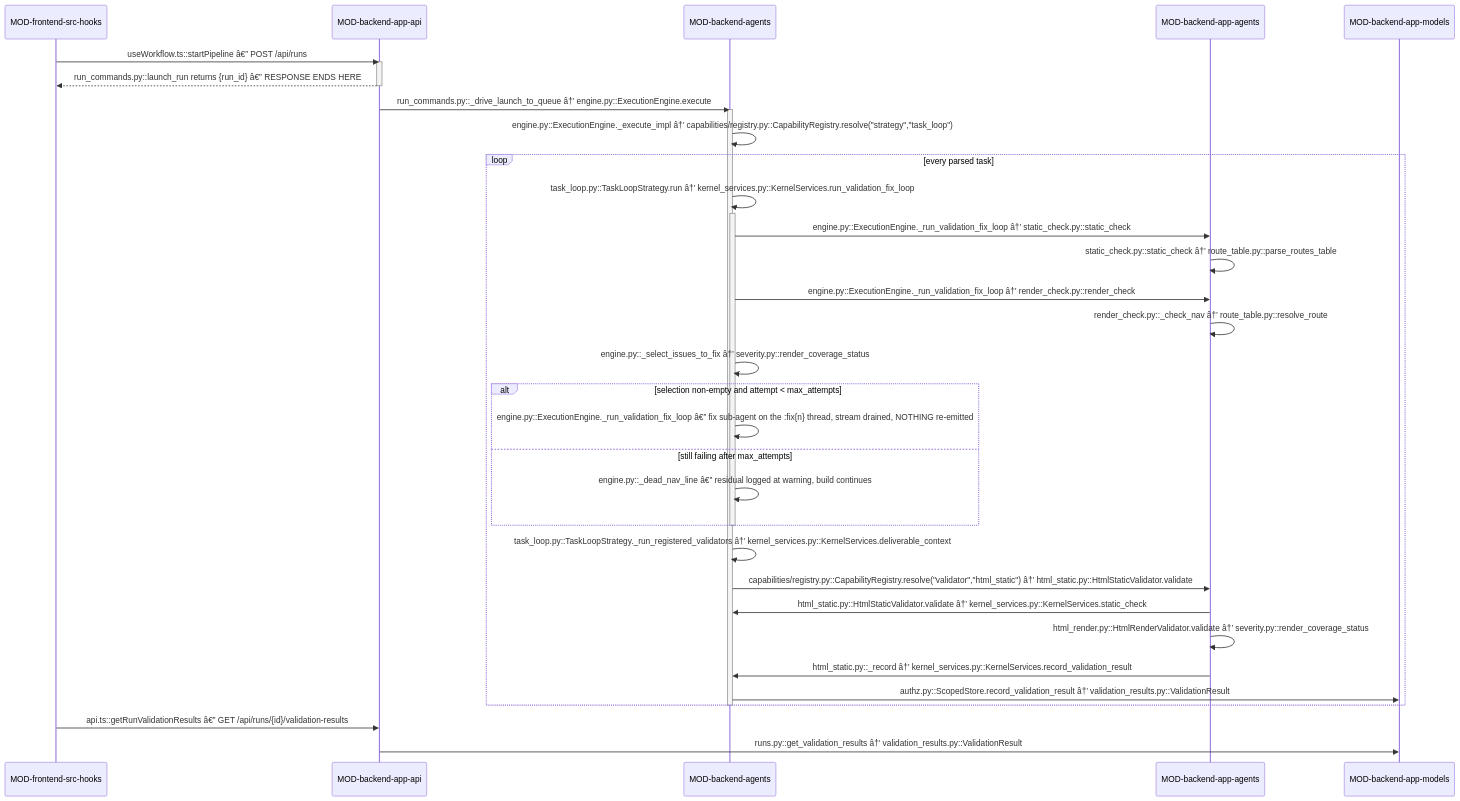
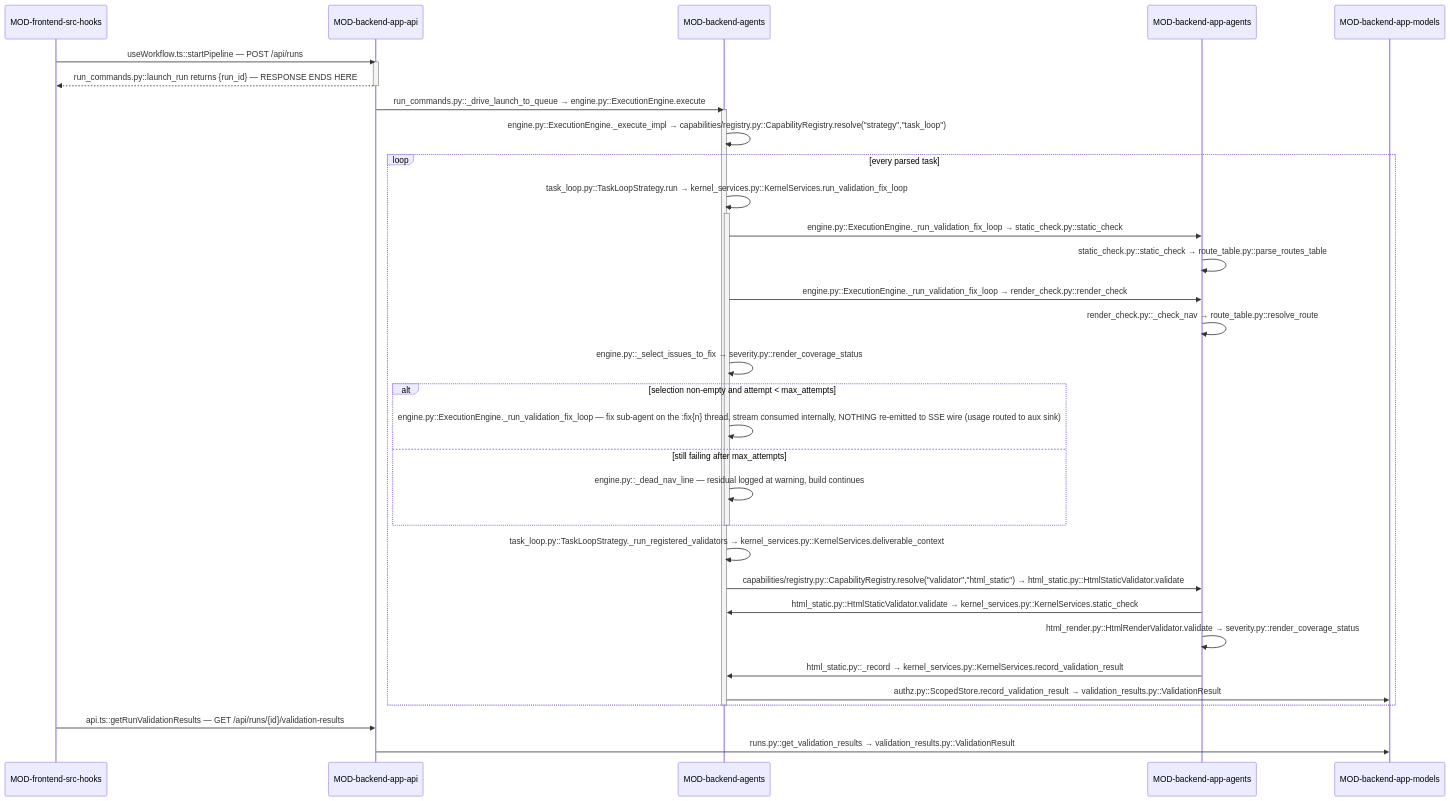
One commit to prateek-sinha7/IdeaFlowAI changed the second of 2 diagrams in .knowledge/architecture/DOMAIN-validation-and-quality.md. Above: the diagram before and after it, drawn with Mermaid. The commit also changed other lines of this file and 4493 other files, not shown here.

````diff
--- a/.knowledge/architecture/DOMAIN-validation-and-quality.md
+++ b/.knowledge/architecture/DOMAIN-validation-and-quality.md
@@ -201,42 +213,42 @@
 ```mermaid
 sequenceDiagram
     participant MOD-frontend-src-hooks
     participant MOD-backend-app-api
     participant MOD-backend-agents
     participant MOD-backend-app-agents
     participant MOD-backend-app-models
 
-    MOD-frontend-src-hooks->>MOD-backend-app-api: useWorkflow.ts::startPipeline â€” POST /api/runs
+    MOD-frontend-src-hooks->>MOD-backend-app-api: useWorkflow.ts::startPipeline — POST /api/runs
     activate MOD-backend-app-api
-    MOD-backend-app-api-->>MOD-frontend-src-hooks: run_commands.py::launch_run returns {run_id} â€” RESPONSE ENDS HERE
+    MOD-backend-app-api-->>MOD-frontend-src-hooks: run_commands.py::launch_run returns {run_id} — RESPONSE ENDS HERE
     deactivate MOD-backend-app-api
 
-    MOD-backend-app-api->>MOD-backend-agents: run_commands.py::_drive_launch_to_queue â†’ engine.py::ExecutionEngine.execute
+    MOD-backend-app-api->>MOD-backend-agents: run_commands.py::_drive_launch_to_queue → engine.py::ExecutionEngine.execute
     activate MOD-backend-agents
-    MOD-backend-agents->>MOD-backend-agents: engine.py::ExecutionEngine._execute_impl â†’ capabilities/registry.py::CapabilityRegistry.resolve("strategy","task_loop")
+    MOD-backend-agents->>MOD-backend-agents: engine.py::ExecutionEngine._execute_impl → capabilities/registry.py::CapabilityRegistry.resolve("strategy","task_loop")
     loop every parsed task
-        MOD-backend-agents->>MOD-backend-agents: task_loop.py::TaskLoopStrategy.run â†’ kernel_services.py::KernelServices.run_validation_fix_loop
+        MOD-backend-agents->>MOD-backend-agents: task_loop.py::TaskLoopStrategy.run → kernel_services.py::KernelServices.run_validation_fix_loop
         activate MOD-backend-agents
-        MOD-backend-agents->>MOD-backend-app-agents: engine.py::ExecutionEngine._run_validation_fix_loop â†’ static_check.py::static_check
-        MOD-backend-app-agents->>MOD-backend-app-agents: static_check.py::static_check â†’ route_table.py::parse_routes_table
-        MOD-backend-agents->>MOD-backend-app-agents: engine.py::ExecutionEngine._run_validation_fix_loop â†’ render_check.py::render_check
-        MOD-backend-app-agents->>MOD-backend-app-agents: render_check.py::_check_nav â†’ route_table.py::resolve_route
-        MOD-backend-agents->>MOD-backend-agents: engine.py::_select_issues_to_fix â†’ severity.py::render_coverage_status
+        MOD-backend-agents->>MOD-backend-app-agents: engine.py::ExecutionEngine._run_validation_fix_loop → static_check.py::static_check
+        MOD-backend-app-agents->>MOD-backend-app-agents: static_check.py::static_check → route_table.py::parse_routes_table
+        MOD-backend-agents->>MOD-backend-app-agents: engine.py::ExecutionEngine._run_validation_fix_loop → render_check.py::render_check
+        MOD-backend-app-agents->>MOD-backend-app-agents: render_check.py::_check_nav → route_table.py::resolve_route
+        MOD-backend-agents->>MOD-backend-agents: engine.py::_select_issues_to_fix → severity.py::render_coverage_status
         alt selection non-empty and attempt < max_attempts
-            MOD-backend-agents->>MOD-backend-agents: engine.py::ExecutionEngine._run_validation_fix_loop â€” fix sub-agent on the :fix{n} thread, stream drained, NOTHING re-emitted
+            MOD-backend-agents->>MOD-backend-agents: engine.py::ExecutionEngine._run_validation_fix_loop — fix sub-agent on the :fix{n} thread, stream consumed internally, NOTHING re-emitted to SSE wire (usage routed to aux sink)
         else still failing after max_attempts
-            MOD-backend-agents->>MOD-backend-agents: engine.py::_dead_nav_line â€” residual logged at warning, build continues
+            MOD-backend-agents->>MOD-backend-agents: engine.py::_dead_nav_line — residual logged at warning, build continues
         end
         deactivate MOD-backend-agents
-        MOD-backend-agents->>MOD-backend-agents: task_loop.py::TaskLoopStrategy._run_registered_validators â†’ kernel_services.py::KernelServices.deliverable_context
-        MOD-backend-agents->>MOD-backend-app-agents: capabilities/registry.py::CapabilityRegistry.resolve("validator","html_static") â†’ html_static.py::HtmlStaticValidator.validate
-        MOD-backend-app-agents->>MOD-backend-agents: html_static.py::HtmlStaticValidator.validate â†’ kernel_services.py::KernelServices.static_check
-        MOD-backend-app-agents->>MOD-backend-app-agents: html_render.py::HtmlRenderValidator.validate â†’ severity.py::render_coverage_status
-        MOD-backend-app-agents->>MOD-backend-agents: html_static.py::_record â†’ kernel_services.py::KernelServices.record_validation_result
-        MOD-backend-agents->>MOD-backend-app-models: authz.py::ScopedStore.record_validation_result â†’ validation_results.py::ValidationResult
+        MOD-backend-agents->>MOD-backend-agents: task_loop.py::TaskLoopStrategy._run_registered_validators → kernel_services.py::KernelServices.deliverable_context
+        MOD-backend-agents->>MOD-backend-app-agents: capabilities/registry.py::CapabilityRegistry.resolve("validator","html_static") → html_static.py::HtmlStaticValidator.validate
+        MOD-backend-app-agents->>MOD-backend-agents: html_static.py::HtmlStaticValidator.validate → kernel_services.py::KernelServices.static_check
+        MOD-backend-app-agents->>MOD-backend-app-agents: html_render.py::HtmlRenderValidator.validate → severity.py::render_coverage_status
+        MOD-backend-app-agents->>MOD-backend-agents: html_static.py::_record → kernel_services.py::KernelServices.record_validation_result
+        MOD-backend-agents->>MOD-backend-app-models: authz.py::ScopedStore.record_validation_result → validation_results.py::ValidationResult
     end
     deactivate MOD-backend-agents
 
-    MOD-frontend-src-hooks->>MOD-backend-app-api: api.ts::getRunValidationResults â€” GET /api/runs/{id}/validation-results
-    MOD-backend-app-api->>MOD-backend-app-models: runs.py::get_validation_results â†’ validation_results.py::ValidationResult
+    MOD-frontend-src-hooks->>MOD-backend-app-api: api.ts::getRunValidationResults — GET /api/runs/{id}/validation-results
+    MOD-backend-app-api->>MOD-backend-app-models: runs.py::get_validation_results → validation_results.py::ValidationResult
 ```
````
